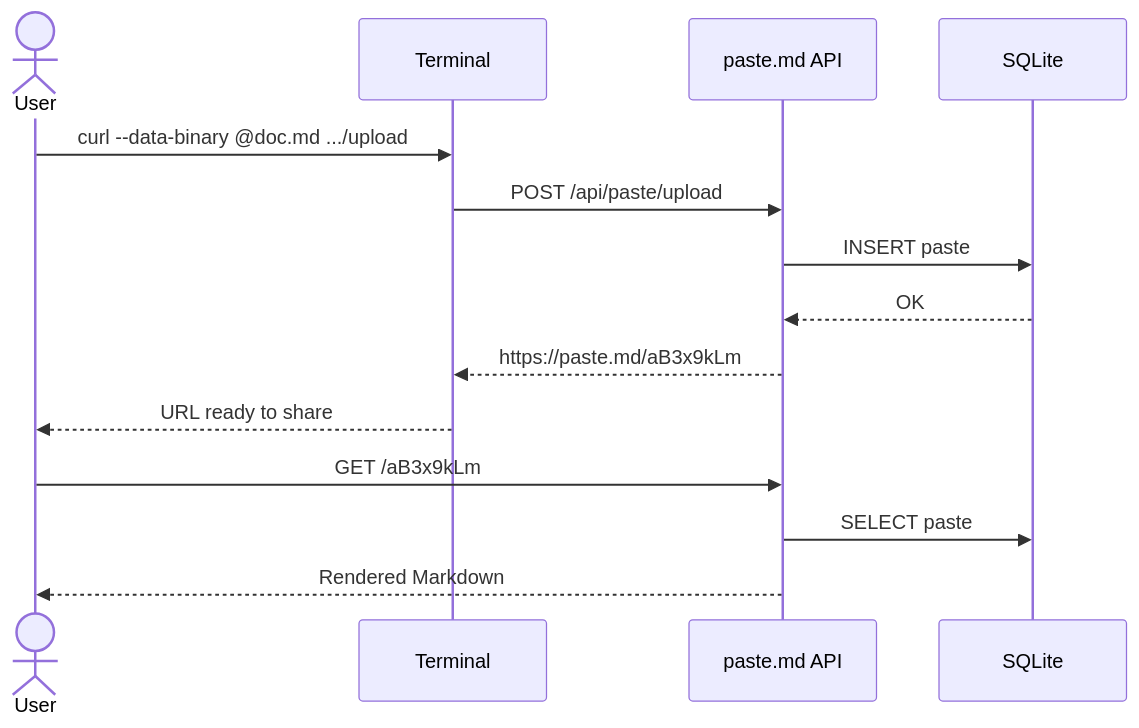
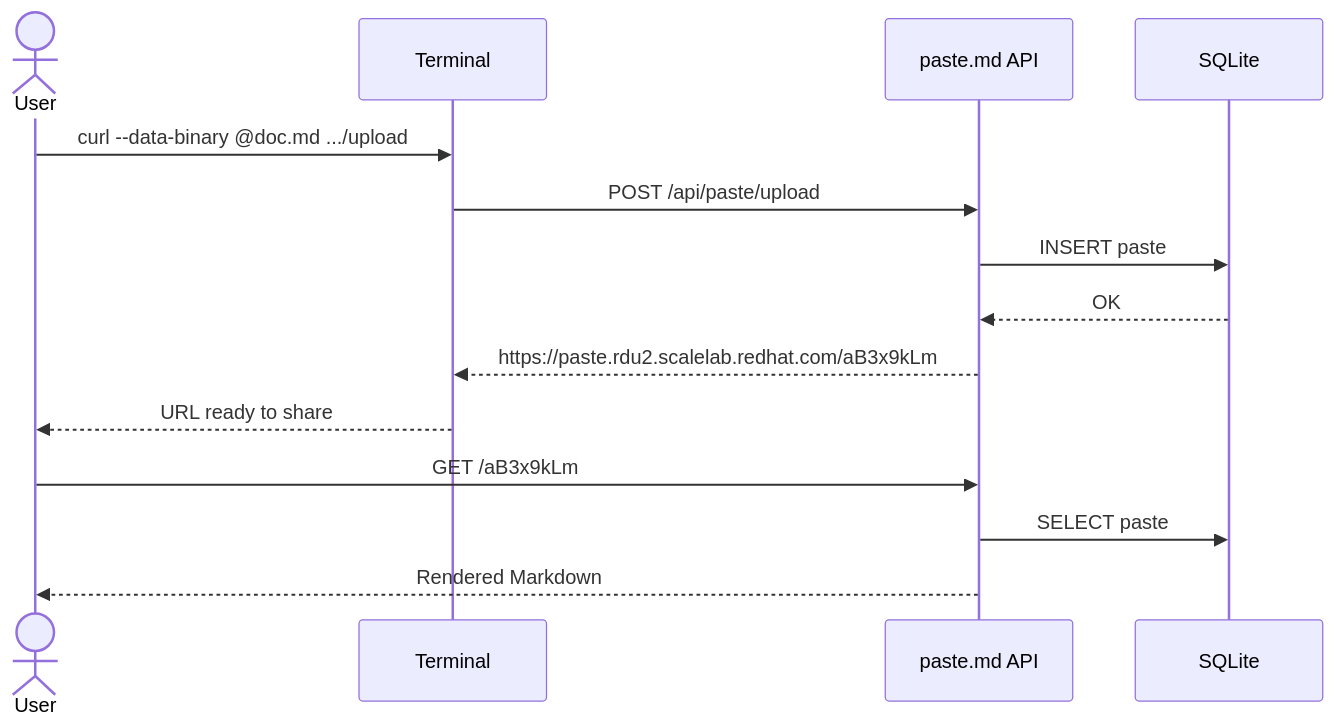
One commit to kambiz-aghaiepour/paste.md changed the second of 3 diagrams in showcase.md. Above: the diagram before and after it, drawn with Mermaid. The commit also changed other lines of this file, not shown here.

Commit message:
feat(showcase): update API URLs to scalelab deployment domain

````diff
--- a/showcase.md
+++ b/showcase.md
@@ -167,18 +167,18 @@
 ```mermaid
 sequenceDiagram
     actor User
     participant CLI as Terminal
     participant API as paste.md API
     participant DB as SQLite
 
     User->>CLI: curl --data-binary @doc.md .../upload
     CLI->>API: POST /api/paste/upload
     API->>DB: INSERT paste
     DB-->>API: OK
-    API-->>CLI: https://paste.md/aB3x9kLm
+    API-->>CLI: https://paste.rdu2.scalelab.redhat.com/aB3x9kLm
     CLI-->>User: URL ready to share
 
     User->>API: GET /aB3x9kLm
     API->>DB: SELECT paste
     API-->>User: Rendered Markdown
 ```
````
